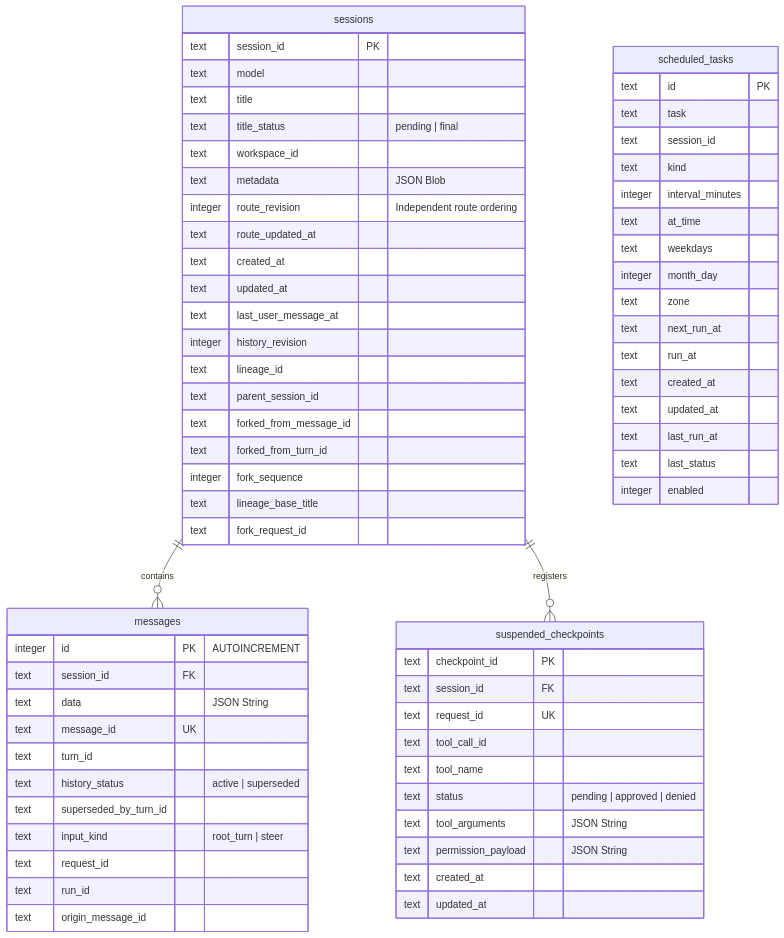
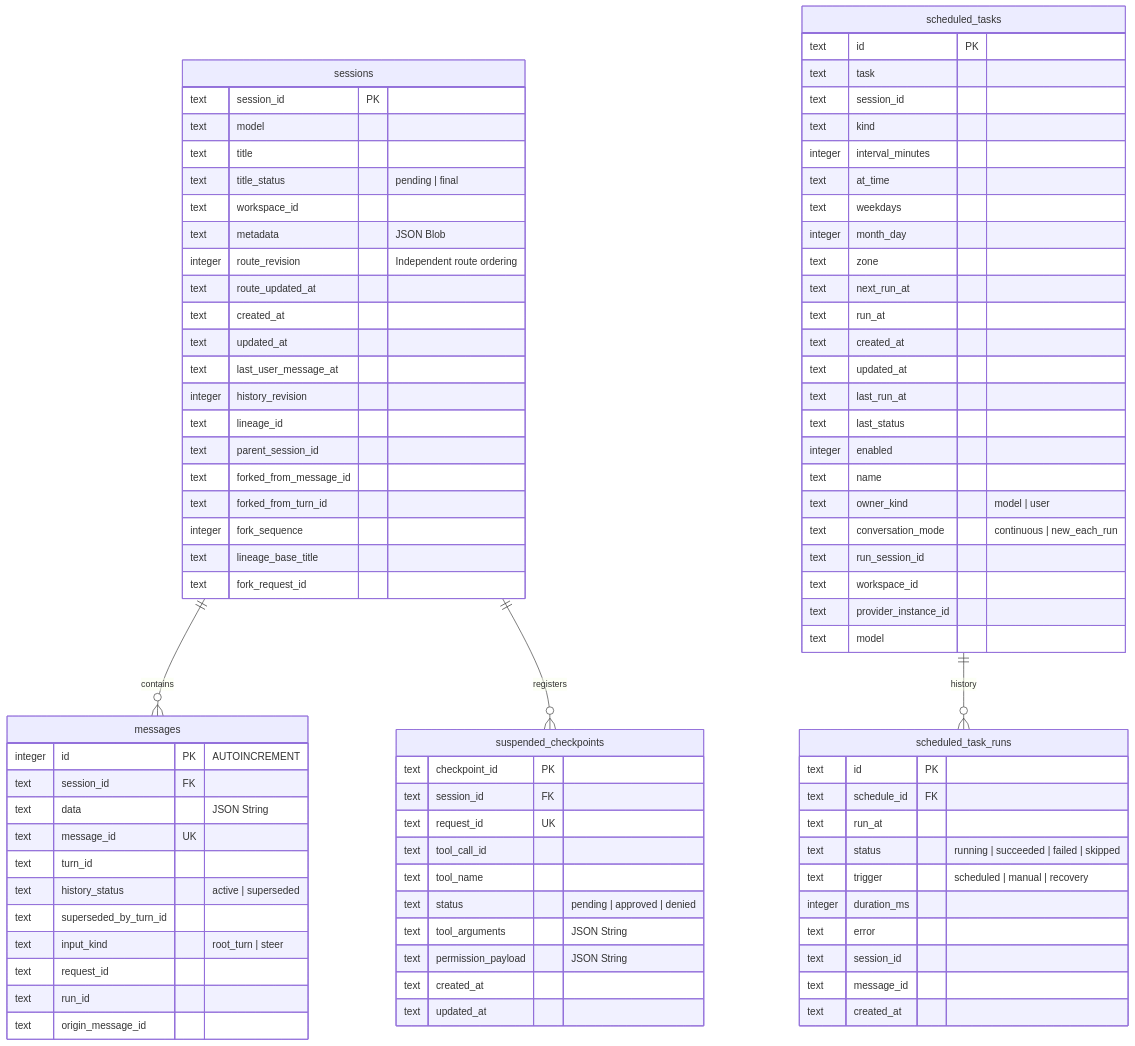
One commit to EastStarAI/sanad-agent changed the first of 2 diagrams in docs/technical/agent_database_schema.md. Above: the diagram before and after it, drawn with Mermaid. The commit also changed other lines of this file and 18 other files, not shown here.

First line of the commit message:
feat(schedules): 139-01 schedule state columns, run table, repositories (#312)

```diff
--- a/docs/technical/agent_database_schema.md
+++ b/docs/technical/agent_database_schema.md
@@ -33,6 +33,7 @@
 erDiagram
     sessions ||--o{ messages : "contains"
     sessions ||--o{ suspended_checkpoints : "registers"
+    scheduled_tasks ||--o{ scheduled_task_runs : "history"
     
     sessions {
         text session_id PK
@@ -87,6 +88,26 @@
         text last_run_at
         text last_status
         integer enabled
+        text name
+        text owner_kind "model | user"
+        text conversation_mode "continuous | new_each_run"
+        text run_session_id
+        text workspace_id
+        text provider_instance_id
+        text model
+    }
+
+    scheduled_task_runs {
+        text id PK
+        text schedule_id FK
+        text run_at
+        text status "running | succeeded | failed | skipped"
+        text trigger "scheduled | manual | recovery"
+        integer duration_ms
+        text error
+        text session_id
+        text message_id
+        text created_at
     }
     
     suspended_checkpoints {
```
